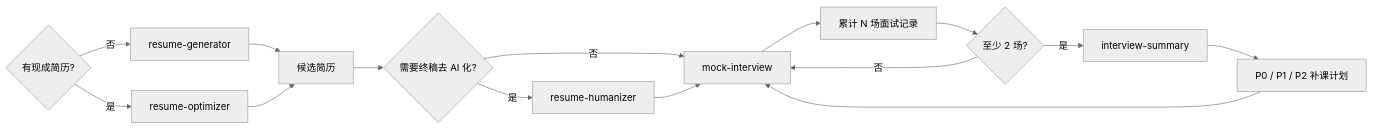
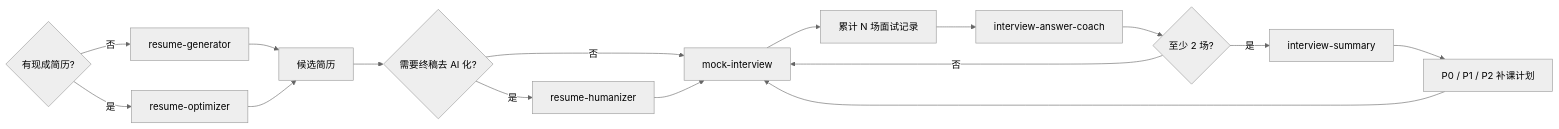
The diagram in README.md (luozijian1990/operator-resume-auto-generate), drawn with Mermaid (neutral theme) before and after one commit. The commit also changed other lines of this file and 8 other files, not shown here.

Commit message:
feat: add interview answer coaching skill

````diff
--- a/README.md
+++ b/README.md
@@ -20,18 +20,19 @@
 ```mermaid
 flowchart LR
     A{有现成简历?}
     A -- 否 --> B[resume-generator]
     A -- 是 --> C[resume-optimizer]
     B --> D[候选简历]
     C --> D
     D --> E{需要终稿去 AI 化?}
     E -- 是 --> F[resume-humanizer]
     E -- 否 --> G[mock-interview]
     F --> G
     G --> H[累计 N 场面试记录]
-    H --> I{至少 2 场?}
+    H --> L[interview-answer-coach]
+    L --> I{至少 2 场?}
     I -- 否 --> G
     I -- 是 --> J[interview-summary]
     J --> K[P0 / P1 / P2 补课计划]
     K --> G
 ```
````
